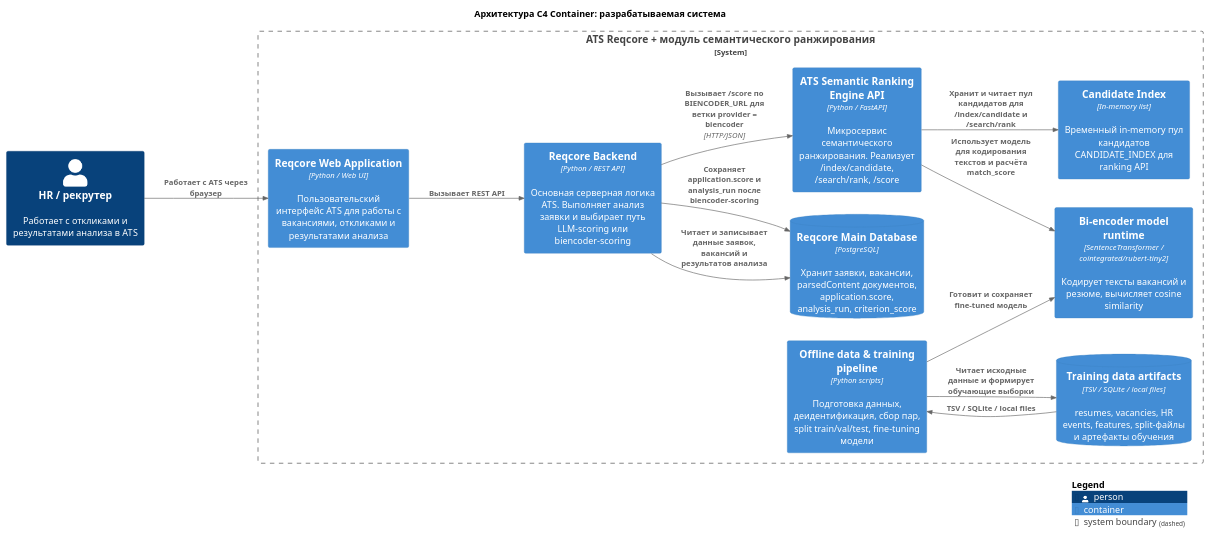
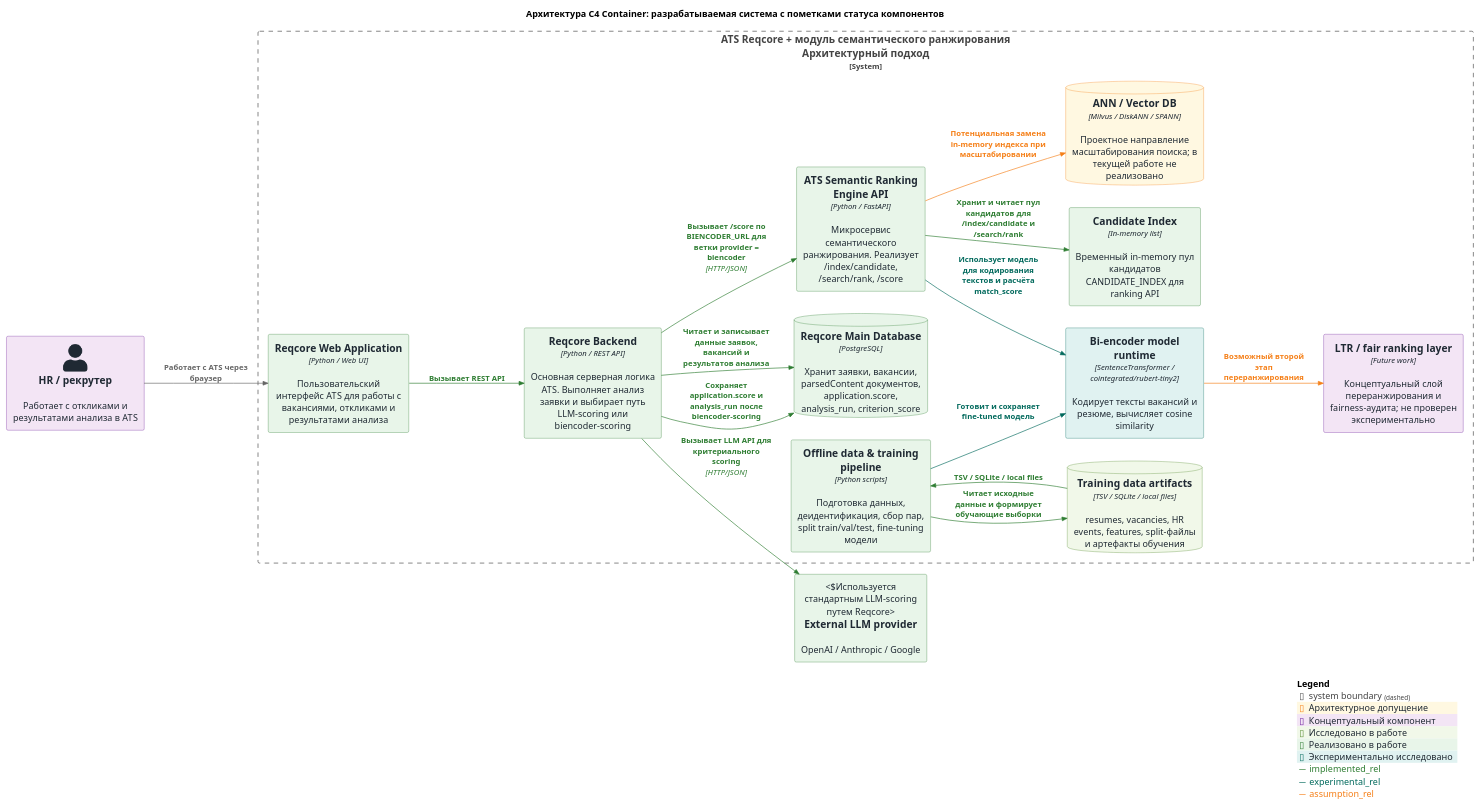
Before and after one commit to ArtiomNosov/master-thesis-repository: the diagram in docs/obsidian/новая диаграмма c4.md, drawn with PlantUML. The commit also changed 6 other files, not shown here.

Commit message:
Clarify architecture assumptions and verified thesis results

```diff
--- a/docs/obsidian/новая диаграмма c4.md
+++ b/docs/obsidian/новая диаграмма c4.md
@@ -1,46 +1,63 @@
 @startuml
 !include <C4/C4_Container>
 
-title Архитектура C4 Container: разрабатываемая система
+title Архитектура C4 Container: разрабатываемая система с пометками статуса компонентов
 
 LAYOUT_LEFT_RIGHT()
 
-Person(hr, "HR / рекрутер", "Работает с откликами и результатами анализа в ATS")
+AddElementTag("architectural_assumption", $bgColor="#FFF8E1", $fontColor="#1F2933", $borderColor="#F57F17", $legendText="Архитектурное допущение")
+AddElementTag("architectural_approach", $bgColor="#E3F2FD", $fontColor="#1F2933", $borderColor="#1565C0", $legendText="Архитектурный подход")
+AddElementTag("conceptual_component", $bgColor="#F3E5F5", $fontColor="#1F2933", $borderColor="#6A1B9A", $legendText="Концептуальный компонент")
+AddElementTag("studied", $bgColor="#F1F8E9", $fontColor="#1F2933", $borderColor="#558B2F", $legendText="Исследовано в работе")
+AddElementTag("implemented", $bgColor="#E8F5E9", $fontColor="#1F2933", $borderColor="#2E7D32", $legendText="Реализовано в работе")
+AddElementTag("experimental", $bgColor="#E0F2F1", $fontColor="#1F2933", $borderColor="#00695C", $legendText="Экспериментально исследовано")
 
-System_Boundary(reqcore_system, "ATS Reqcore + модуль семантического ранжирования") {
+AddRelTag("implemented_rel", $textColor="#2E7D32", $lineColor="#2E7D32")
+AddRelTag("experimental_rel", $textColor="#00695C", $lineColor="#00695C")
+AddRelTag("assumption_rel", $textColor="#F57F17", $lineColor="#F57F17")
 
-  Container(reqcore_web, "Reqcore Web Application", "Python / Web UI", "Пользовательский интерфейс ATS для работы с вакансиями, откликами и результатами анализа")
+Person(hr, "HR / рекрутер", "Работает с откликами и результатами анализа в ATS", $tags="conceptual_component")
 
-  Container(reqcore_backend, "Reqcore Backend", "Python / REST API", "Основная серверная логика ATS. Выполняет анализ заявки и выбирает путь LLM-scoring или biencoder-scoring")
+System_Boundary(reqcore_system, "ATS Reqcore + модуль семантического ранжирования\nАрхитектурный подход") {
 
-  ContainerDb(reqcore_db, "Reqcore Main Database", "PostgreSQL", "Хранит заявки, вакансии, parsedContent документов, application.score, analysis_run, criterion_score")
+  Container(reqcore_web, "Reqcore Web Application", "Python / Web UI", "Пользовательский интерфейс ATS для работы с вакансиями, откликами и результатами анализа", $tags="implemented")
 
-  Container(biencoder_api, "ATS Semantic Ranking Engine API", "Python / FastAPI", "Микросервис семантического ранжирования. Реализует /index/candidate, /search/rank, /score")
+  Container(reqcore_backend, "Reqcore Backend", "Python / REST API", "Основная серверная логика ATS. Выполняет анализ заявки и выбирает путь LLM-scoring или biencoder-scoring", $tags="implemented")
 
-  Container(model_runtime, "Bi-encoder model runtime", "SentenceTransformer / cointegrated/rubert-tiny2", "Кодирует тексты вакансий и резюме, вычисляет cosine similarity")
+  ContainerDb(reqcore_db, "Reqcore Main Database", "PostgreSQL", "Хранит заявки, вакансии, parsedContent документов, application.score, analysis_run, criterion_score", $tags="implemented")
 
-  Container(candidate_index, "Candidate Index", "In-memory list", "Временный in-memory пул кандидатов CANDIDATE_INDEX для ranking API")
+  Container(biencoder_api, "ATS Semantic Ranking Engine API", "Python / FastAPI", "Микросервис семантического ранжирования. Реализует /index/candidate, /search/rank, /score", $tags="implemented")
 
-  Container(offline_pipeline, "Offline data & training pipeline", "Python scripts", "Подготовка данных, деидентификация, сбор пар, split train/val/test, fine-tuning модели")
+  Container(model_runtime, "Bi-encoder model runtime", "SentenceTransformer / cointegrated/rubert-tiny2", "Кодирует тексты вакансий и резюме, вычисляет cosine similarity", $tags="experimental")
 
-  ContainerDb(training_data, "Training data artifacts", "TSV / SQLite / local files", "resumes, vacancies, HR events, features, split-файлы и артефакты обучения")
+  Container(candidate_index, "Candidate Index", "In-memory list", "Временный in-memory пул кандидатов CANDIDATE_INDEX для ranking API", $tags="implemented")
+
+  Container(offline_pipeline, "Offline data & training pipeline", "Python scripts", "Подготовка данных, деидентификация, сбор пар, split train/val/test, fine-tuning модели", $tags="implemented")
+
+  ContainerDb(training_data, "Training data artifacts", "TSV / SQLite / local files", "resumes, vacancies, HR events, features, split-файлы и артефакты обучения", $tags="studied")
+
+  ContainerDb(vector_db_future, "ANN / Vector DB", "Milvus / DiskANN / SPANN", "Проектное направление масштабирования поиска; в текущей работе не реализовано", $tags="architectural_assumption")
+
+  Container(fair_ltr_future, "LTR / fair ranking layer", "Future work", "Концептуальный слой переранжирования и fairness-аудита; не проверен экспериментально", $tags="conceptual_component")
 }
 
+System_Ext(llm_provider, "External LLM provider", "OpenAI / Anthropic / Google", "Используется стандартным LLM-scoring путем Reqcore", $tags="implemented")
+
 Rel(hr, reqcore_web, "Работает с ATS через браузер")
-Rel(reqcore_web, reqcore_backend, "Вызывает REST API")
-Rel(reqcore_backend, reqcore_db, "Читает и записывает данные заявок, вакансий и результатов анализа")
+Rel(reqcore_web, reqcore_backend, "Вызывает REST API", $tags="implemented_rel")
+Rel(reqcore_backend, reqcore_db, "Читает и записывает данные заявок, вакансий и результатов анализа", $tags="implemented_rel")
 
-Rel(reqcore_backend, biencoder_api, "Вызывает /score по BIENCODER_URL для ветки provider = biencoder", "HTTP/JSON")
-Rel(biencoder_api, model_runtime, "Использует модель для кодирования текстов и расчёта match_score")
-Rel(biencoder_api, candidate_index, "Хранит и читает пул кандидатов для /index/candidate и /search/rank")
-Rel(reqcore_backend, reqcore_db, "Сохраняет application.score и analysis_run после biencoder-scoring")
+Rel(reqcore_backend, biencoder_api, "Вызывает /score по BIENCODER_URL для ветки provider = biencoder", "HTTP/JSON", $tags="implemented_rel")
+Rel(reqcore_backend, llm_provider, "Вызывает LLM API для критериального scoring", "HTTP/JSON", $tags="implemented_rel")
+Rel(biencoder_api, model_runtime, "Использует модель для кодирования текстов и расчёта match_score", $tags="experimental_rel")
+Rel(biencoder_api, candidate_index, "Хранит и читает пул кандидатов для /index/candidate и /search/rank", $tags="implemented_rel")
+Rel(reqcore_backend, reqcore_db, "Сохраняет application.score и analysis_run после biencoder-scoring", $tags="implemented_rel")
 
-Rel(offline_pipeline, training_data, "Читает исходные данные и формирует обучающие выборки")
-Rel(offline_pipeline, model_runtime, "Готовит и сохраняет fine-tuned модель")
-Rel(training_data, offline_pipeline, "TSV / SQLite / local files")
-
-UpdateRelStyle(reqcore_backend, biencoder_api, $textColor="blue", $lineColor="blue")
-UpdateRelStyle(biencoder_api, model_runtime, $textColor="blue", $lineColor="blue")
+Rel(offline_pipeline, training_data, "Читает исходные данные и формирует обучающие выборки", $tags="implemented_rel")
+Rel(offline_pipeline, model_runtime, "Готовит и сохраняет fine-tuned модель", $tags="experimental_rel")
+Rel(training_data, offline_pipeline, "TSV / SQLite / local files", $tags="implemented_rel")
+Rel(biencoder_api, vector_db_future, "Потенциальная замена in-memory индекса при масштабировании", $tags="assumption_rel")
+Rel(model_runtime, fair_ltr_future, "Возможный второй этап переранжирования", $tags="assumption_rel")
 
 SHOW_LEGEND()
 @enduml
```
